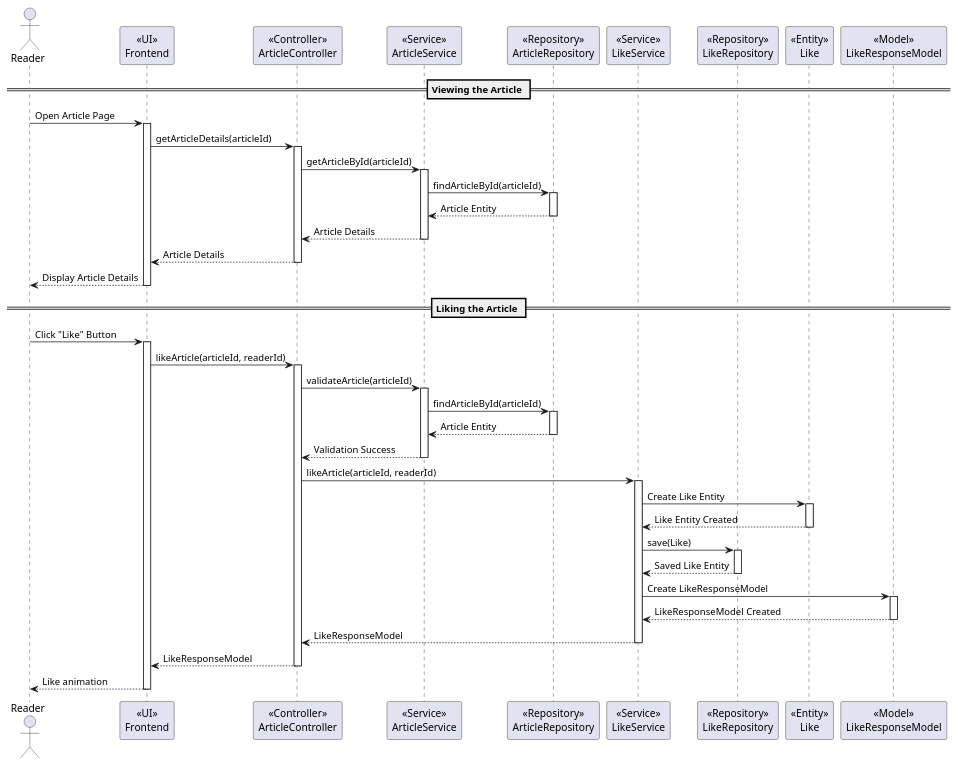
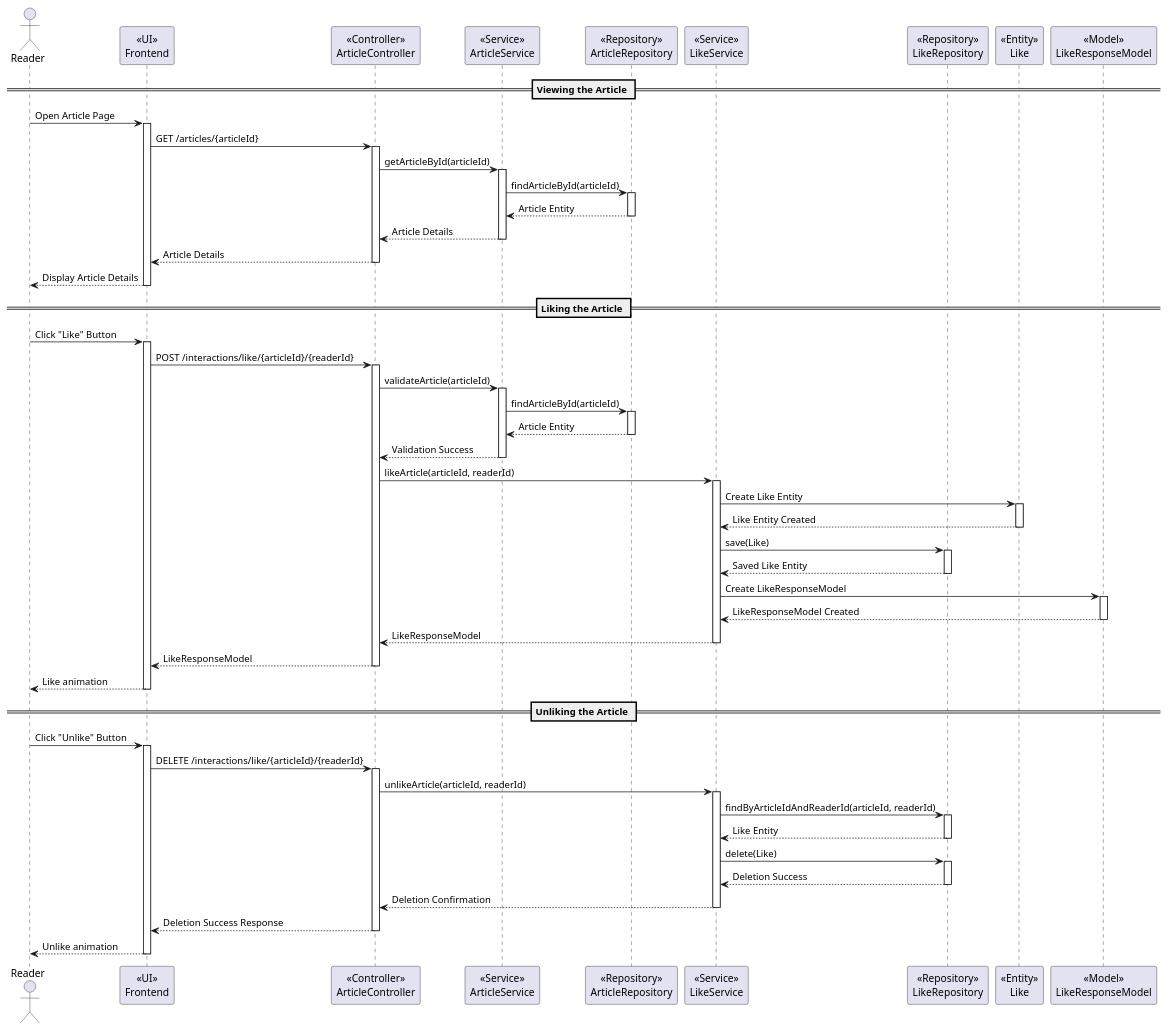
The diagram in Diagrams/Sprints/Sprint2Diagrams/Sequence_Diagram/likeDesignLevelSequenceDiagram.puml (Valthefirst/league_alerts-ChamplainECP), drawn with PlantUML before and after one commit. The commit also changed 2 other files, not shown here.

Commit message:
added diagrams

```diff
--- a/Diagrams/Sprints/Sprint2Diagrams/Sequence_Diagram/likeDesignLevelSequenceDiagram.puml
+++ b/Diagrams/Sprints/Sprint2Diagrams/Sequence_Diagram/likeDesignLevelSequenceDiagram.puml
@@ -1,86 +1,120 @@
 @startuml
 actor Reader
 participant Frontend as "<<UI>>\nFrontend"
 participant ArticleController as "<<Controller>>\nArticleController"
 participant ArticleService as "<<Service>>\nArticleService"
 participant ArticleRepository as "<<Repository>>\nArticleRepository"
 participant LikeService as "<<Service>>\nLikeService"
 participant LikeRepository as "<<Repository>>\nLikeRepository"
 participant Like as "<<Entity>>\nLike"
 participant LikeResponseModel as "<<Model>>\nLikeResponseModel"
 
 == Viewing the Article ==
 Reader -> Frontend : Open Article Page
 activate Frontend
 
-Frontend -> ArticleController : getArticleDetails(articleId)
+Frontend -> ArticleController : GET /articles/{articleId}
 activate ArticleController
 
 ArticleController -> ArticleService : getArticleById(articleId)
 activate ArticleService
 ArticleService -> ArticleRepository : findArticleById(articleId)
 activate ArticleRepository
 ArticleRepository --> ArticleService : Article Entity
 
 deactivate ArticleRepository
 ArticleService --> ArticleController : Article Details
 
 deactivate ArticleService
 ArticleController --> Frontend : Article Details
 
 deactivate ArticleController
 Frontend --> Reader : Display Article Details
 
 deactivate Frontend
 
 == Liking the Article ==
 Reader -> Frontend : Click "Like" Button
 activate Frontend
 
-Frontend -> ArticleController : likeArticle(articleId, readerId)
+Frontend -> ArticleController : POST /interactions/like/{articleId}/{readerId}
 activate ArticleController
 
 ArticleController -> ArticleService : validateArticle(articleId)
 activate ArticleService
 ArticleService -> ArticleRepository : findArticleById(articleId)
 activate ArticleRepository
 ArticleRepository --> ArticleService : Article Entity
 
 deactivate ArticleRepository
 ArticleService --> ArticleController : Validation Success
 
 deactivate ArticleService
 
 ArticleController -> LikeService : likeArticle(articleId, readerId)
 activate LikeService
 
 LikeService -> Like : Create Like Entity
 activate Like
 Like --> LikeService : Like Entity Created
 
 deactivate Like
 
 LikeService -> LikeRepository : save(Like)
 activate LikeRepository
 LikeRepository --> LikeService : Saved Like Entity
 
 deactivate LikeRepository
 
 LikeService -> LikeResponseModel : Create LikeResponseModel
 activate LikeResponseModel
 LikeResponseModel --> LikeService : LikeResponseModel Created
 
 deactivate LikeResponseModel
 
 LikeService --> ArticleController : LikeResponseModel
 
 deactivate LikeService
 
 ArticleController --> Frontend : LikeResponseModel
 
 deactivate ArticleController
 
 Frontend --> Reader : Like animation
 
 deactivate Frontend
+
+== Unliking the Article ==
+Reader -> Frontend : Click "Unlike" Button
+activate Frontend
+
+Frontend -> ArticleController : DELETE /interactions/like/{articleId}/{readerId}
+activate ArticleController
+
+ArticleController -> LikeService : unlikeArticle(articleId, readerId)
+activate LikeService
+
+LikeService -> LikeRepository : findByArticleIdAndReaderId(articleId, readerId)
+activate LikeRepository
+LikeRepository --> LikeService : Like Entity
+
+deactivate LikeRepository
+
+LikeService -> LikeRepository : delete(Like)
+activate LikeRepository
+LikeRepository --> LikeService : Deletion Success
+
+deactivate LikeRepository
+
+LikeService --> ArticleController : Deletion Confirmation
+
+deactivate LikeService
+
+ArticleController --> Frontend : Deletion Success Response
+
+deactivate ArticleController
+
+Frontend --> Reader : Unlike animation
+
+deactivate Frontend
 @enduml
```
